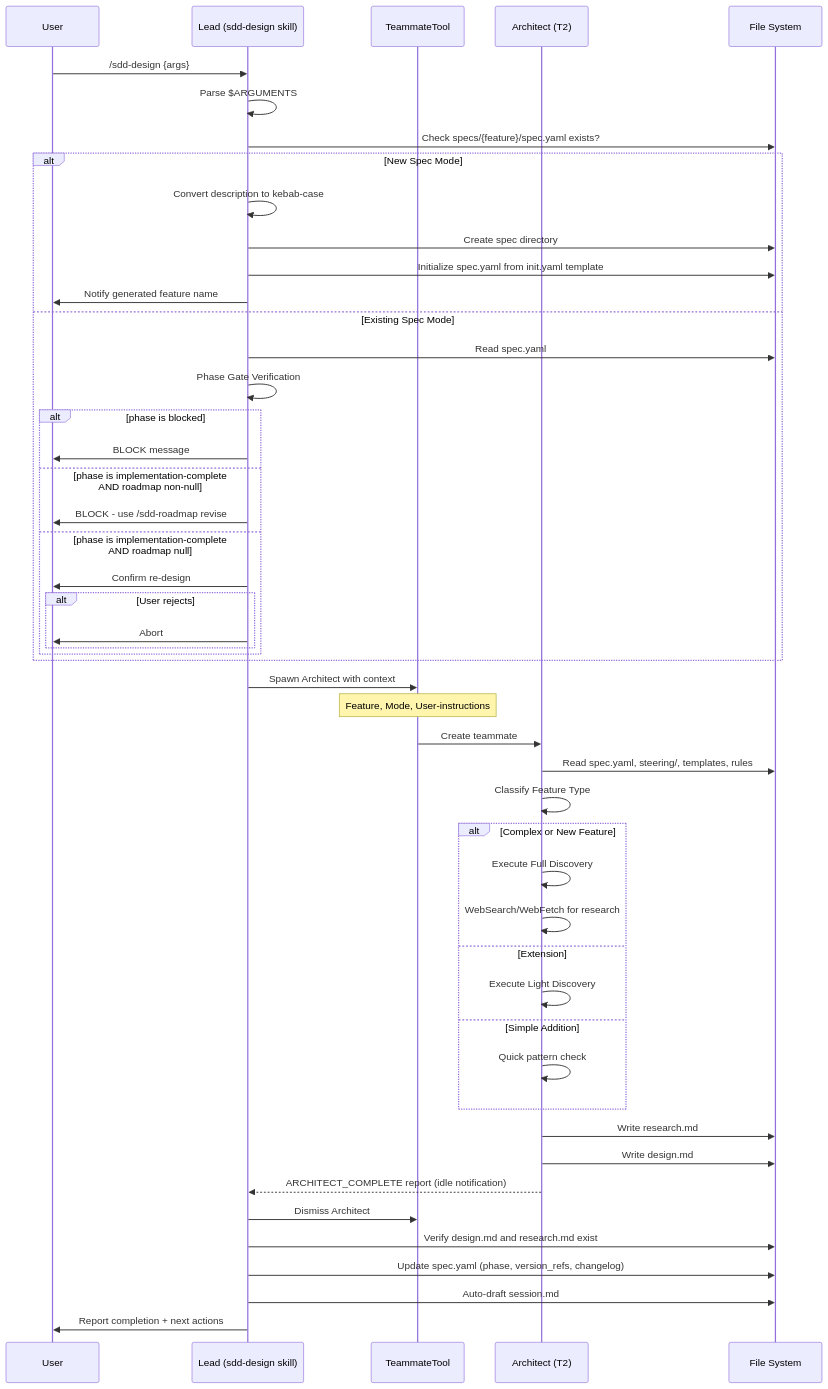
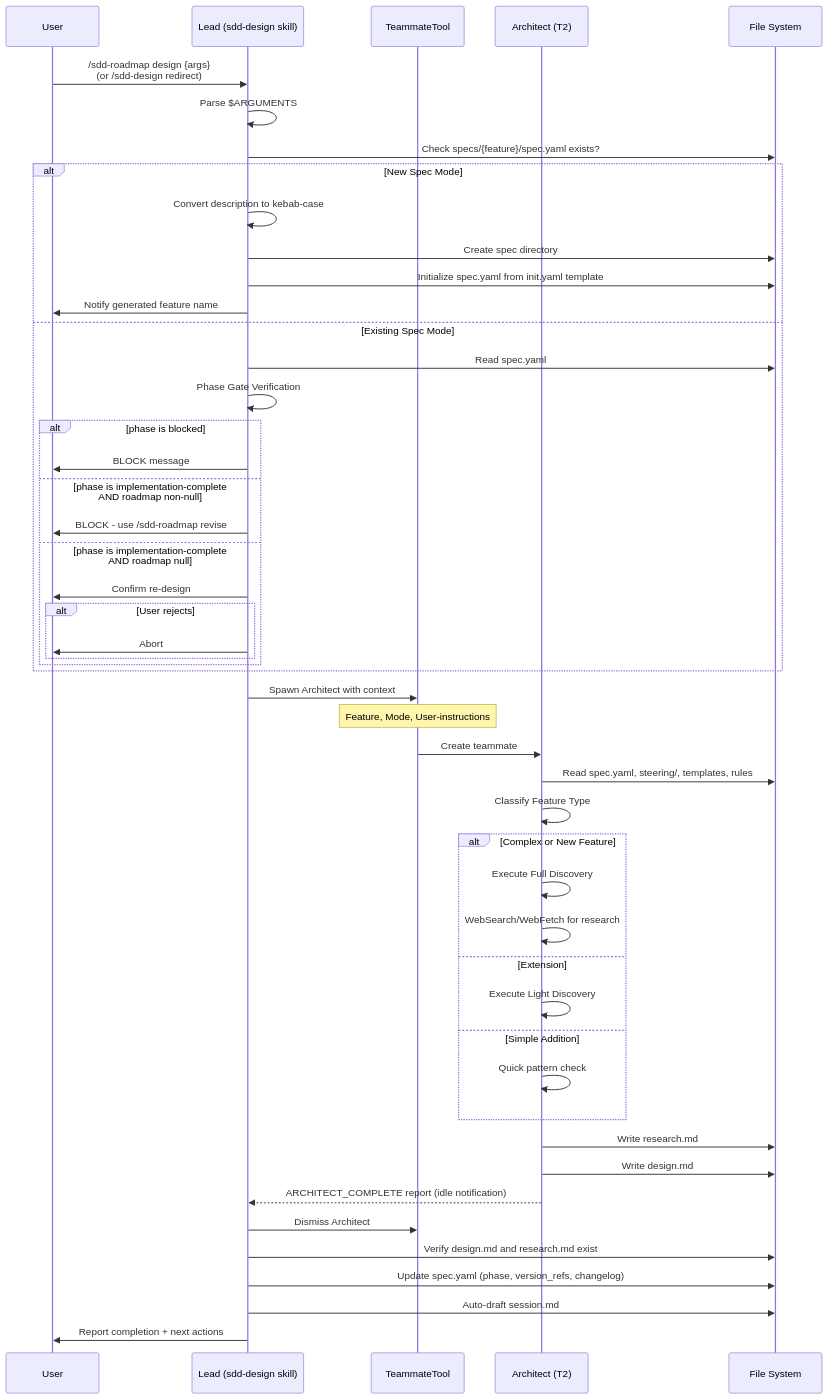
One commit to sync-dev-org/sync-sdd changed the second of 4 diagrams in .claude/sdd/project/specs/design-pipeline/design.md. Above: the diagram before and after it, drawn with Mermaid. The commit also changed other lines of this file and 32 other files, not shown here.

````diff
--- a/.claude/sdd/project/specs/design-pipeline/design.md
+++ b/.claude/sdd/project/specs/design-pipeline/design.md
@@ -222,57 +222,57 @@
 ```mermaid
 sequenceDiagram
     participant User
     participant Lead as Lead (sdd-design skill)
     participant TT as TeammateTool
     participant Arch as Architect (T2)
     participant FS as File System
 
-    User->>Lead: /sdd-design {args}
+    User->>Lead: /sdd-roadmap design {args}<br/>(or /sdd-design redirect)
     Lead->>Lead: Parse $ARGUMENTS
     Lead->>FS: Check specs/{feature}/spec.yaml exists?
 
     alt New Spec Mode
         Lead->>Lead: Convert description to kebab-case
         Lead->>FS: Create spec directory
         Lead->>FS: Initialize spec.yaml from init.yaml template
         Lead->>User: Notify generated feature name
     else Existing Spec Mode
         Lead->>FS: Read spec.yaml
         Lead->>Lead: Phase Gate Verification
         alt phase is blocked
             Lead->>User: BLOCK message
         else phase is implementation-complete AND roadmap non-null
             Lead->>User: BLOCK - use /sdd-roadmap revise
         else phase is implementation-complete AND roadmap null
             Lead->>User: Confirm re-design
             alt User rejects
                 Lead->>User: Abort
             end
         end
     end
 
     Lead->>TT: Spawn Architect with context
     Note over TT: Feature, Mode, User-instructions
     TT->>Arch: Create teammate
 
     Arch->>FS: Read spec.yaml, steering/, templates, rules
     Arch->>Arch: Classify Feature Type
     alt Complex or New Feature
         Arch->>Arch: Execute Full Discovery
         Arch->>Arch: WebSearch/WebFetch for research
     else Extension
         Arch->>Arch: Execute Light Discovery
     else Simple Addition
         Arch->>Arch: Quick pattern check
     end
 
     Arch->>FS: Write research.md
     Arch->>FS: Write design.md
     Arch-->>Lead: ARCHITECT_COMPLETE report (idle notification)
 
     Lead->>TT: Dismiss Architect
     Lead->>FS: Verify design.md and research.md exist
     Lead->>FS: Update spec.yaml (phase, version_refs, changelog)
     Lead->>FS: Auto-draft session.md
     Lead->>User: Report completion + next actions
 ```
````
